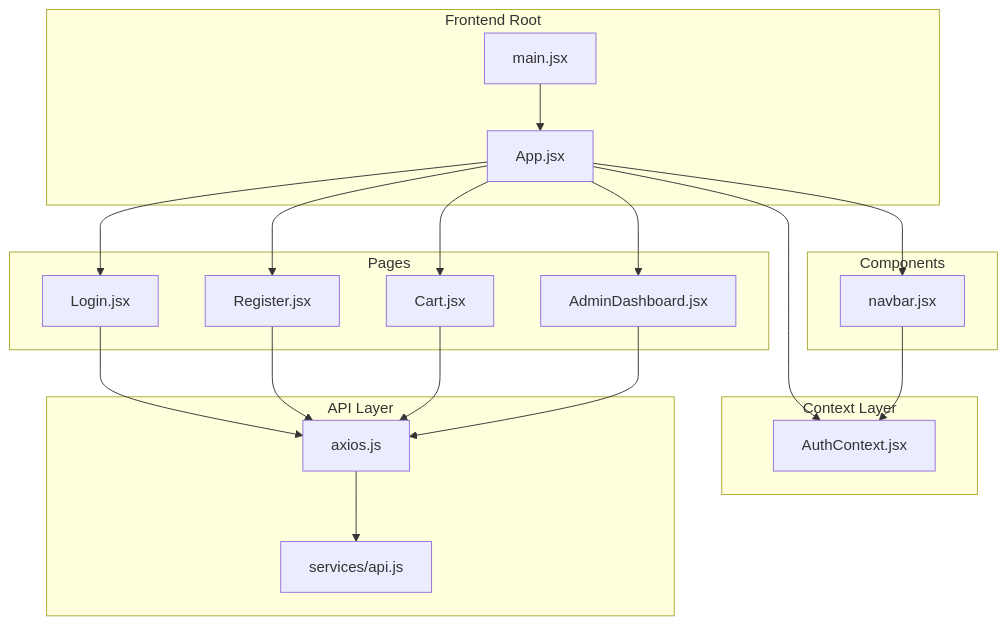
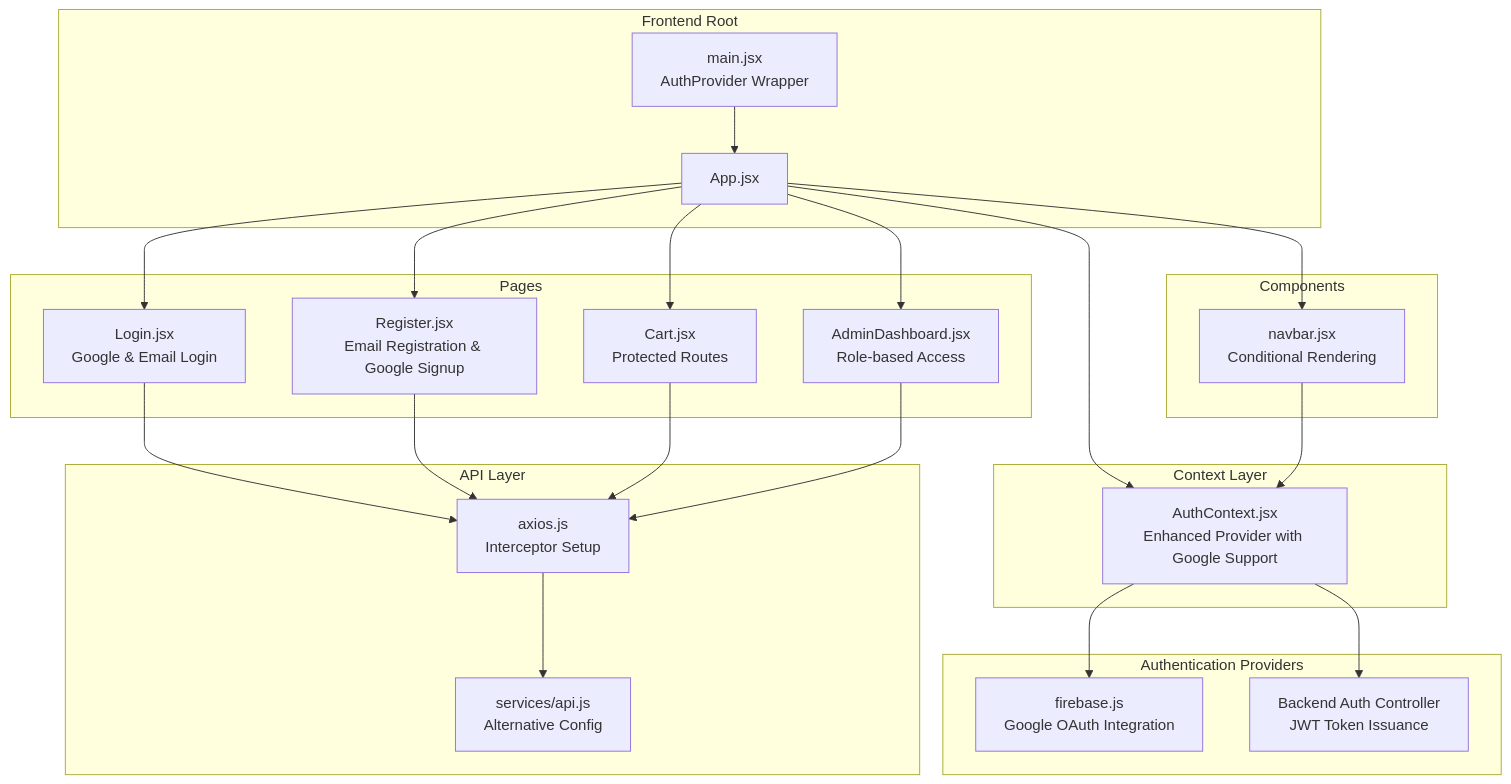
One commit to Pavan-PSPK9032/TrendsandToss changed the first of 11 diagrams in .qoder/repowiki/en/content/Authentication & Authorization/Frontend Authentication State Management.md. Above: the diagram before and after it, drawn with Mermaid. The commit also changed other lines of this file and 5 other files, not shown here.

````diff
--- a/.qoder/repowiki/en/content/Authentication & Authorization/Frontend Authentication State Management.md
+++ b/.qoder/repowiki/en/content/Authentication & Authorization/Frontend Authentication State Management.md
@@ -36,36 +47,42 @@
 ```mermaid
 graph TB
 subgraph "Frontend Root"
-MAIN["main.jsx"]
+MAIN["main.jsx<br/>AuthProvider Wrapper"]
 APP["App.jsx"]
 end
 subgraph "Context Layer"
-AUTHCTX["AuthContext.jsx"]
+AUTHCTX["AuthContext.jsx<br/>Enhanced Provider with Google Support"]
+end
+subgraph "Authentication Providers"
+FIREBASE["firebase.js<br/>Google OAuth Integration"]
+ENDPOINT["Backend Auth Controller<br/>JWT Token Issuance"]
 end
 subgraph "Pages"
-LOGIN["Login.jsx"]
-REGISTER["Register.jsx"]
-CART["Cart.jsx"]
-ADMIN["AdminDashboard.jsx"]
+LOGIN["Login.jsx<br/>Google & Email Login"]
+REGISTER["Register.jsx<br/>Email Registration & Google Signup"]
+CART["Cart.jsx<br/>Protected Routes"]
+ADMIN["AdminDashboard.jsx<br/>Role-based Access"]
 end
 subgraph "Components"
-NAV["navbar.jsx"]
+NAV["navbar.jsx<br/>Conditional Rendering"]
 end
 subgraph "API Layer"
-AXIOS["axios.js"]
-SVC["services/api.js"]
+AXIOS["axios.js<br/>Interceptor Setup"]
+SVC["services/api.js<br/>Alternative Config"]
 end
 MAIN --> APP
 APP --> AUTHCTX
+AUTHCTX --> FIREBASE
+AUTHCTX --> ENDPOINT
 APP --> LOGIN
 APP --> REGISTER
 APP --> CART
 APP --> ADMIN
 APP --> NAV
 LOGIN --> AXIOS
 REGISTER --> AXIOS
 CART --> AXIOS
 ADMIN --> AXIOS
 NAV --> AUTHCTX
 AXIOS --> SVC
 ```
````
